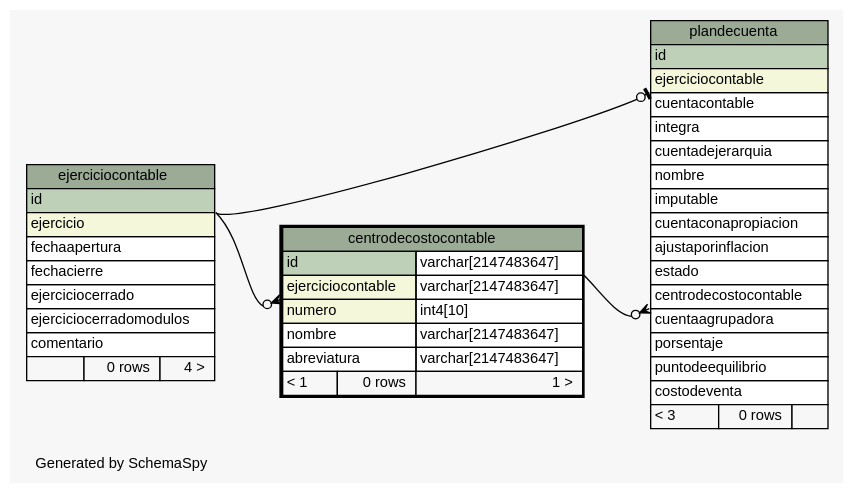
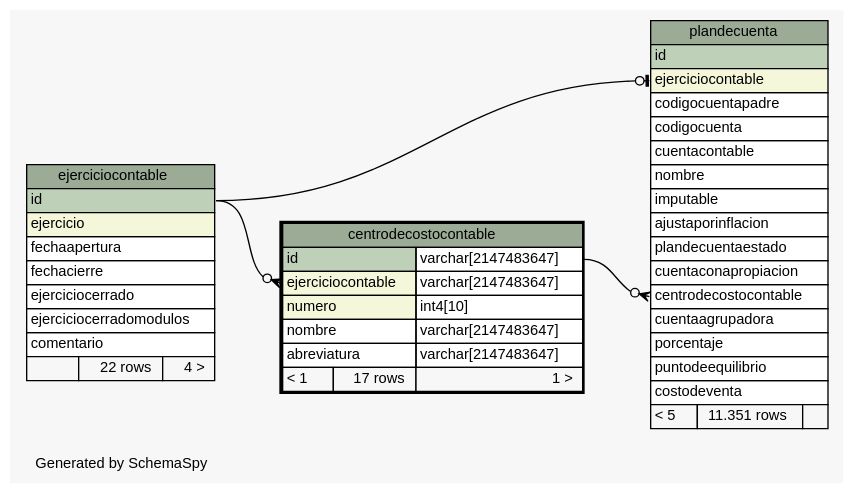
Before and after one commit to sebaalvarez/massoftware: the diagram in sql/postgresql/schemaSpy/salida/diagrams/centrodecostocontable.1degree.dot, drawn with Graphviz. The commit also changed 651 other files, not shown here.

```diff
--- a/sql/postgresql/schemaSpy/salida/diagrams/centrodecostocontable.1degree.dot
+++ b/sql/postgresql/schemaSpy/salida/diagrams/centrodecostocontable.1degree.dot
@@ -1,79 +1,79 @@
-// dot 2.2.1 on Windows 10 10.0
+// dot 2.38.0 on Windows 10 10.0
 // SchemaSpy rev 590
 digraph "oneDegreeRelationshipsDiagram" {
   graph [
     rankdir="RL"
     bgcolor="#f7f7f7"
     label="\nGenerated by SchemaSpy"
     labeljust="l"
     nodesep="0.18"
     ranksep="0.46"
     fontname="Helvetica"
     fontsize="11"
   ];
   node [
     fontname="Helvetica"
     fontsize="11"
     shape="plaintext"
   ];
   edge [
     arrowsize="0.8"
   ];
-  "centrodecostocontable":"ejerciciocontable":sw -> "ejerciciocontable":"id":se [arrowhead=none dir=back arrowtail=crowodot];
-  "plandecuenta":"centrodecostocontable":sw -> "centrodecostocontable":"id.type":se [arrowhead=none dir=back arrowtail=crowodot];
-  "plandecuenta":"ejerciciocontable":sw -> "ejerciciocontable":"id":se [arrowhead=none dir=back arrowtail=teeodot];
+  "centrodecostocontable":"ejerciciocontable":w -> "ejerciciocontable":"id":e [arrowhead=none dir=back arrowtail=crowodot];
+  "plandecuenta":"centrodecostocontable":w -> "centrodecostocontable":"id.type":e [arrowhead=none dir=back arrowtail=crowodot];
+  "plandecuenta":"ejerciciocontable":w -> "ejerciciocontable":"id":e [arrowhead=none dir=back arrowtail=teeodot];
   "centrodecostocontable" [
     label=<
     <TABLE BORDER="2" CELLBORDER="1" CELLSPACING="0" BGCOLOR="#ffffff">
       <TR><TD COLSPAN="3" BGCOLOR="#9bab96" ALIGN="CENTER">centrodecostocontable</TD></TR>
       <TR><TD PORT="id" COLSPAN="2" BGCOLOR="#bed1b8" ALIGN="LEFT">id</TD><TD PORT="id.type" ALIGN="LEFT">varchar[2147483647]</TD></TR>
       <TR><TD PORT="ejerciciocontable" COLSPAN="2" BGCOLOR="#f4f7da" ALIGN="LEFT">ejerciciocontable</TD><TD PORT="ejerciciocontable.type" ALIGN="LEFT">varchar[2147483647]</TD></TR>
       <TR><TD PORT="numero" COLSPAN="2" BGCOLOR="#f4f7da" ALIGN="LEFT">numero</TD><TD PORT="numero.type" ALIGN="LEFT">int4[10]</TD></TR>
       <TR><TD PORT="nombre" COLSPAN="2" ALIGN="LEFT">nombre</TD><TD PORT="nombre.type" ALIGN="LEFT">varchar[2147483647]</TD></TR>
       <TR><TD PORT="abreviatura" COLSPAN="2" ALIGN="LEFT">abreviatura</TD><TD PORT="abreviatura.type" ALIGN="LEFT">varchar[2147483647]</TD></TR>
-      <TR><TD ALIGN="LEFT" BGCOLOR="#f7f7f7">&lt; 1</TD><TD ALIGN="RIGHT" BGCOLOR="#f7f7f7">0 rows</TD><TD ALIGN="RIGHT" BGCOLOR="#f7f7f7">1 &gt;</TD></TR>
+      <TR><TD ALIGN="LEFT" BGCOLOR="#f7f7f7">&lt; 1</TD><TD ALIGN="RIGHT" BGCOLOR="#f7f7f7">17 rows</TD><TD ALIGN="RIGHT" BGCOLOR="#f7f7f7">1 &gt;</TD></TR>
     </TABLE>>
     URL="centrodecostocontable.html"
     tooltip="centrodecostocontable"
   ];
   "ejerciciocontable" [
     label=<
     <TABLE BORDER="0" CELLBORDER="1" CELLSPACING="0" BGCOLOR="#ffffff">
       <TR><TD COLSPAN="3" BGCOLOR="#9bab96" ALIGN="CENTER">ejerciciocontable</TD></TR>
       <TR><TD PORT="id" COLSPAN="3" BGCOLOR="#bed1b8" ALIGN="LEFT">id</TD></TR>
       <TR><TD PORT="ejercicio" COLSPAN="3" BGCOLOR="#f4f7da" ALIGN="LEFT">ejercicio</TD></TR>
       <TR><TD PORT="fechaapertura" COLSPAN="3" ALIGN="LEFT">fechaapertura</TD></TR>
       <TR><TD PORT="fechacierre" COLSPAN="3" ALIGN="LEFT">fechacierre</TD></TR>
       <TR><TD PORT="ejerciciocerrado" COLSPAN="3" ALIGN="LEFT">ejerciciocerrado</TD></TR>
       <TR><TD PORT="ejerciciocerradomodulos" COLSPAN="3" ALIGN="LEFT">ejerciciocerradomodulos</TD></TR>
       <TR><TD PORT="comentario" COLSPAN="3" ALIGN="LEFT">comentario</TD></TR>
-      <TR><TD ALIGN="LEFT" BGCOLOR="#f7f7f7">  </TD><TD ALIGN="RIGHT" BGCOLOR="#f7f7f7">0 rows</TD><TD ALIGN="RIGHT" BGCOLOR="#f7f7f7">4 &gt;</TD></TR>
+      <TR><TD ALIGN="LEFT" BGCOLOR="#f7f7f7">  </TD><TD ALIGN="RIGHT" BGCOLOR="#f7f7f7">22 rows</TD><TD ALIGN="RIGHT" BGCOLOR="#f7f7f7">4 &gt;</TD></TR>
     </TABLE>>
     URL="ejerciciocontable.html"
     tooltip="ejerciciocontable"
   ];
   "plandecuenta" [
     label=<
     <TABLE BORDER="0" CELLBORDER="1" CELLSPACING="0" BGCOLOR="#ffffff">
       <TR><TD COLSPAN="3" BGCOLOR="#9bab96" ALIGN="CENTER">plandecuenta</TD></TR>
       <TR><TD PORT="id" COLSPAN="3" BGCOLOR="#bed1b8" ALIGN="LEFT">id</TD></TR>
       <TR><TD PORT="ejerciciocontable" COLSPAN="3" BGCOLOR="#f4f7da" ALIGN="LEFT">ejerciciocontable</TD></TR>
+      <TR><TD PORT="codigocuentapadre" COLSPAN="3" ALIGN="LEFT">codigocuentapadre</TD></TR>
+      <TR><TD PORT="codigocuenta" COLSPAN="3" ALIGN="LEFT">codigocuenta</TD></TR>
       <TR><TD PORT="cuentacontable" COLSPAN="3" ALIGN="LEFT">cuentacontable</TD></TR>
-      <TR><TD PORT="integra" COLSPAN="3" ALIGN="LEFT">integra</TD></TR>
-      <TR><TD PORT="cuentadejerarquia" COLSPAN="3" ALIGN="LEFT">cuentadejerarquia</TD></TR>
       <TR><TD PORT="nombre" COLSPAN="3" ALIGN="LEFT">nombre</TD></TR>
       <TR><TD PORT="imputable" COLSPAN="3" ALIGN="LEFT">imputable</TD></TR>
+      <TR><TD PORT="ajustaporinflacion" COLSPAN="3" ALIGN="LEFT">ajustaporinflacion</TD></TR>
+      <TR><TD PORT="plandecuentaestado" COLSPAN="3" ALIGN="LEFT">plandecuentaestado</TD></TR>
       <TR><TD PORT="cuentaconapropiacion" COLSPAN="3" ALIGN="LEFT">cuentaconapropiacion</TD></TR>
-      <TR><TD PORT="ajustaporinflacion" COLSPAN="3" ALIGN="LEFT">ajustaporinflacion</TD></TR>
-      <TR><TD PORT="estado" COLSPAN="3" ALIGN="LEFT">estado</TD></TR>
       <TR><TD PORT="centrodecostocontable" COLSPAN="3" ALIGN="LEFT">centrodecostocontable</TD></TR>
       <TR><TD PORT="cuentaagrupadora" COLSPAN="3" ALIGN="LEFT">cuentaagrupadora</TD></TR>
-      <TR><TD PORT="porsentaje" COLSPAN="3" ALIGN="LEFT">porsentaje</TD></TR>
+      <TR><TD PORT="porcentaje" COLSPAN="3" ALIGN="LEFT">porcentaje</TD></TR>
       <TR><TD PORT="puntodeequilibrio" COLSPAN="3" ALIGN="LEFT">puntodeequilibrio</TD></TR>
       <TR><TD PORT="costodeventa" COLSPAN="3" ALIGN="LEFT">costodeventa</TD></TR>
-      <TR><TD ALIGN="LEFT" BGCOLOR="#f7f7f7">&lt; 3</TD><TD ALIGN="RIGHT" BGCOLOR="#f7f7f7">0 rows</TD><TD ALIGN="RIGHT" BGCOLOR="#f7f7f7">  </TD></TR>
+      <TR><TD ALIGN="LEFT" BGCOLOR="#f7f7f7">&lt; 5</TD><TD ALIGN="RIGHT" BGCOLOR="#f7f7f7">11.351 rows</TD><TD ALIGN="RIGHT" BGCOLOR="#f7f7f7">  </TD></TR>
     </TABLE>>
     URL="plandecuenta.html"
     tooltip="plandecuenta"
   ];
 }
```
